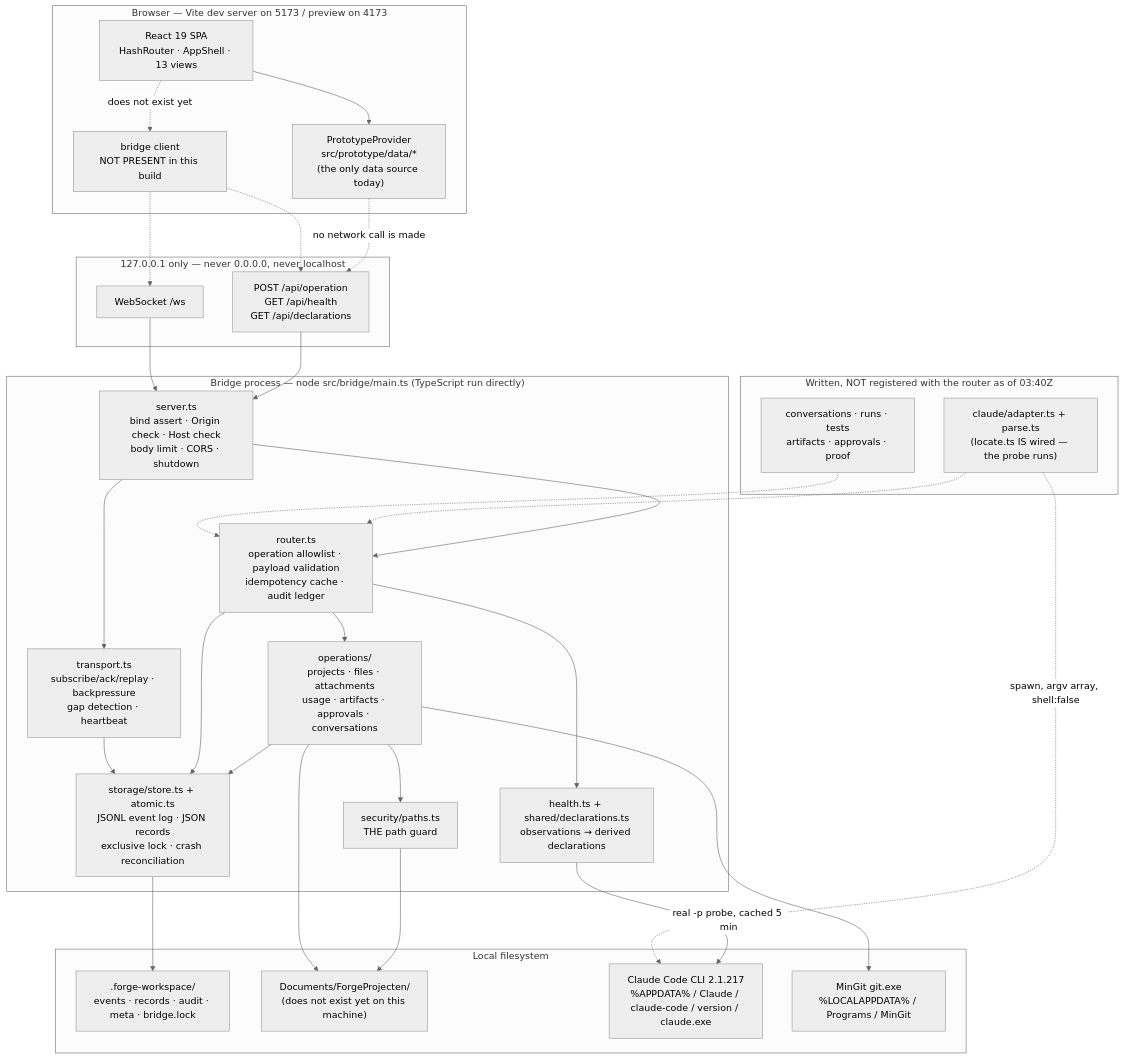
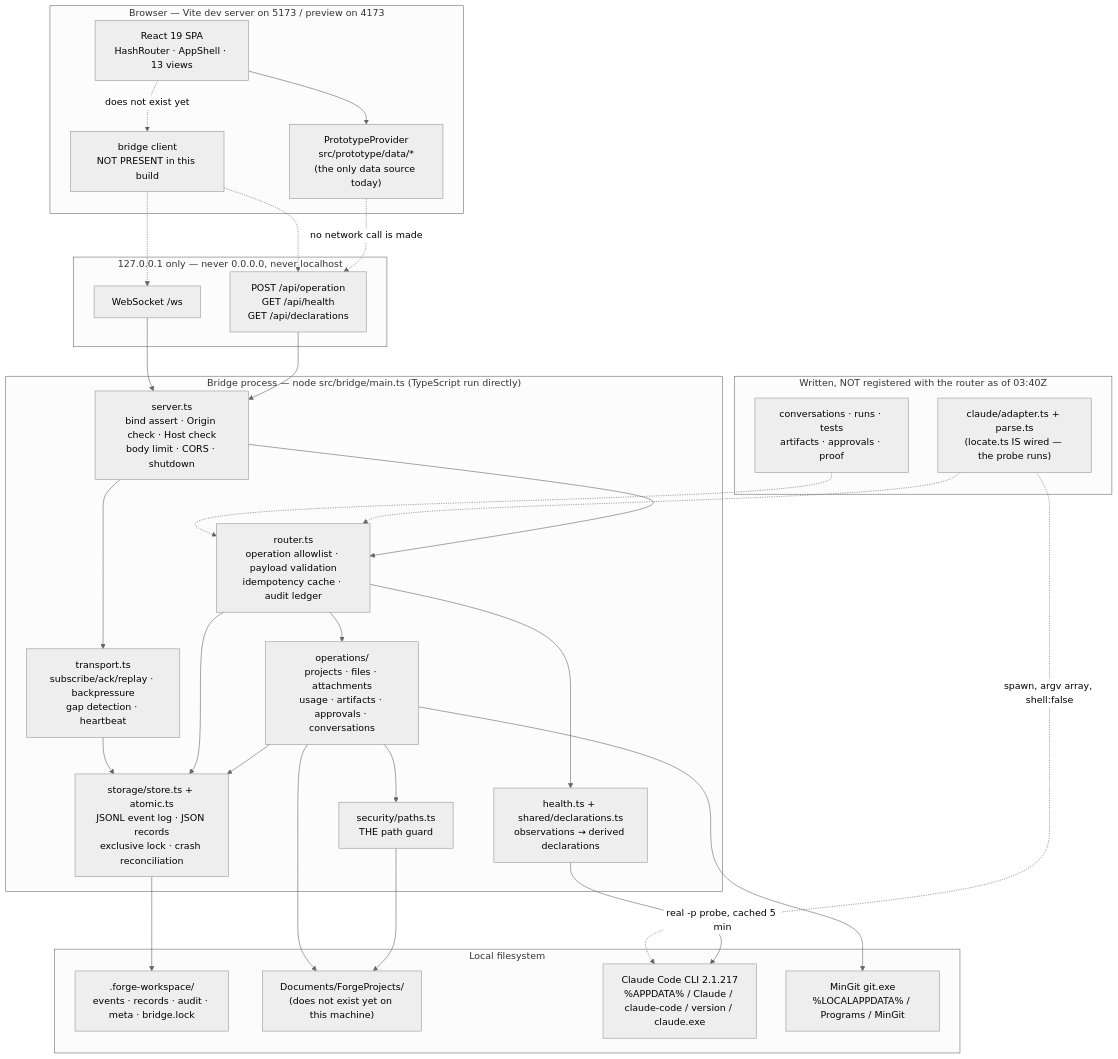
Before and after one commit to ForgeyClap/claude-forge: the first of 2 diagrams in command-center/dashboard/docs/architecture.md, drawn with Mermaid (neutral theme). The commit also changed other lines of this file and 127 other files, not shown here.

````diff
--- a/command-center/dashboard/docs/architecture.md
+++ b/command-center/dashboard/docs/architecture.md
@@ -44,59 +44,59 @@
 ```mermaid
 flowchart TB
     subgraph browser["Browser — Vite dev server on 5173 / preview on 4173"]
         UI["React 19 SPA<br/>HashRouter · AppShell · 13 views"]
         PROTO["PrototypeProvider<br/>src/prototype/data/*<br/>(the only data source today)"]
         CLIENT["bridge client<br/>NOT PRESENT in this build"]
         UI --> PROTO
         UI -.->|"does not exist yet"| CLIENT
     end
 
     subgraph loopback["127.0.0.1 only — never 0.0.0.0, never localhost"]
         HTTP["POST /api/operation<br/>GET /api/health<br/>GET /api/declarations"]
         WS["WebSocket /ws"]
     end
 
     subgraph bridge["Bridge process — node src/bridge/main.ts (TypeScript run directly)"]
         SERVER["server.ts<br/>bind assert · Origin check · Host check<br/>body limit · CORS · shutdown"]
         ROUTER["router.ts<br/>operation allowlist · payload validation<br/>idempotency cache · audit ledger"]
         OPS["operations/<br/>projects · files · attachments<br/>usage · artifacts · approvals · conversations"]
         HEALTH["health.ts + shared/declarations.ts<br/>observations → derived declarations"]
         TRANSPORT["transport.ts<br/>subscribe/ack/replay · backpressure<br/>gap detection · heartbeat"]
         STORE["storage/store.ts + atomic.ts<br/>JSONL event log · JSON records<br/>exclusive lock · crash reconciliation"]
         GUARD["security/paths.ts<br/>THE path guard"]
         SERVER --> ROUTER
         SERVER --> TRANSPORT
         ROUTER --> OPS
         ROUTER --> HEALTH
         OPS --> STORE
         ROUTER --> STORE
         TRANSPORT --> STORE
         OPS --> GUARD
     end
 
     subgraph unwired["Written, NOT registered with the router as of 03:40Z"]
         ADAPTER["claude/adapter.ts + parse.ts<br/>(locate.ts IS wired — the probe runs)"]
         CONVOPS["conversations · runs · tests<br/>artifacts · approvals · proof"]
     end
 
     subgraph disk["Local filesystem"]
         WORKSPACE[".forge-workspace/<br/>events · records · audit · meta · bridge.lock"]
-        PROJROOT["Documents/ForgeProjecten/<br/>(does not exist yet on this machine)"]
+        PROJROOT["Documents/ForgeProjects/<br/>(does not exist yet on this machine)"]
         CLI["Claude Code CLI 2.1.217<br/>%APPDATA% / Claude / claude-code / version / claude.exe"]
         GITEXE["MinGit git.exe<br/>%LOCALAPPDATA% / Programs / MinGit"]
     end
 
     PROTO -.->|"no network call is made"| HTTP
     CLIENT -.-> HTTP
     CLIENT -.-> WS
     HTTP --> SERVER
     WS --> SERVER
     STORE --> WORKSPACE
     GUARD --> PROJROOT
     OPS --> PROJROOT
     OPS --> GITEXE
     HEALTH -->|"real -p probe, cached 5 min"| CLI
     ADAPTER -.->|"spawn, argv array, shell:false"| CLI
     ADAPTER -.-> ROUTER
     CONVOPS -.-> ROUTER
 ```
````
